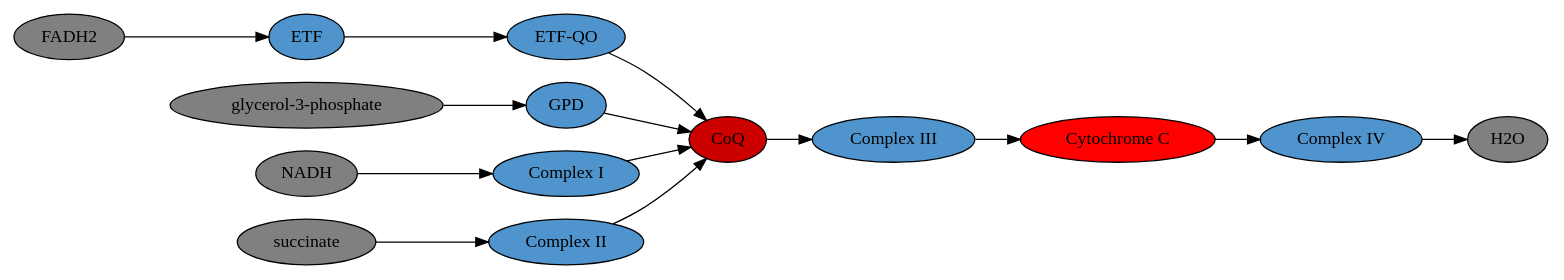
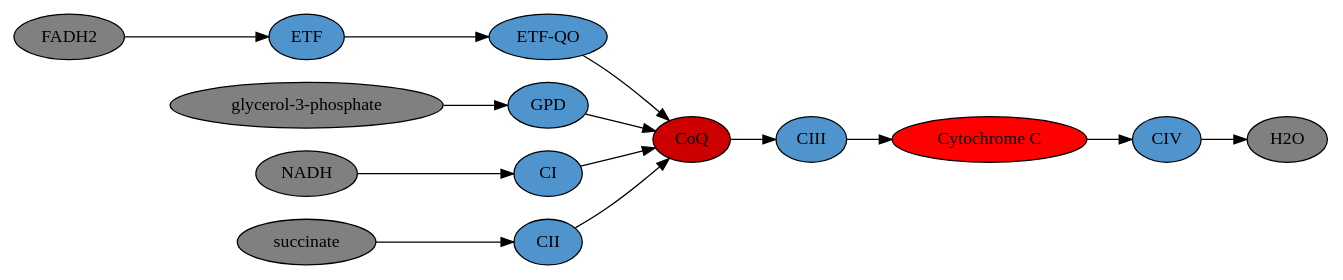
One commit to hendersonmpa/study-notes changed the first of 6 diagrams in methods/mito/mito.org. Above: the diagram before and after it, drawn with Graphviz. The commit also changed other lines of this file and 21 other files, not shown here.

```diff
--- a/methods/mito/mito.org
+++ b/methods/mito/mito.org
@@ -6,35 +5,35 @@
 #+BEGIN_SRC dot :file ./mito/figures/etc.pdf :cmdline -Kdot -Tpdf
   digraph {
            // graph from left to right
            rankdir=LR;
            splines=true;
            node [shape=oval];
            fadh [label="FADH2", fillcolor=grey, style=filled];
            etf[label="ETF", fillcolor=steelblue3, style=filled];
            etfd[label="ETF-QO", fillcolor=steelblue3, style=filled];
 	       g3p[label="glycerol-3-phosphate", fillcolor=grey, style=filled];
            gpd[label="GPD", fillcolor=steelblue3, style=filled];
            nadh [label="NADH", fillcolor=grey, style=filled];
-           c1 [label="Complex I", fillcolor=steelblue3, style=filled];
+           c1 [label="CI", fillcolor=steelblue3, style=filled];
            q [label="CoQ", fillcolor=red3, style=filled];    
-           c3 [label="Complex III", fillcolor=steelblue3, style=filled];     
+           c3 [label="CIII", fillcolor=steelblue3, style=filled];     
            cytc [label="Cytochrome C", fillcolor=red, style=filled];     
-           c4 [label="Complex IV", fillcolor=steelblue3, style=filled];     
+           c4 [label="CIV", fillcolor=steelblue3, style=filled];     
            h2o [label="H2O", fillcolor=grey, style=filled];     
-           c2 [label="Complex II", fillcolor=steelblue3, style=filled];     
+           c2 [label="CII", fillcolor=steelblue3, style=filled];     
            s [label="succinate", fillcolor=grey, style=filled];     
            fadh -> etf; 
            etf -> etfd;
            etfd -> q;
            g3p -> gpd;
            gpd -> q;
            nadh -> c1;
            c1 -> q;
            q -> c3;
            c3 -> cytc; 	 
            cytc -> c4;
            c4 -> h2o;
            c2 -> q;
            s -> c2;
            }    
 #+END_SRC
```
